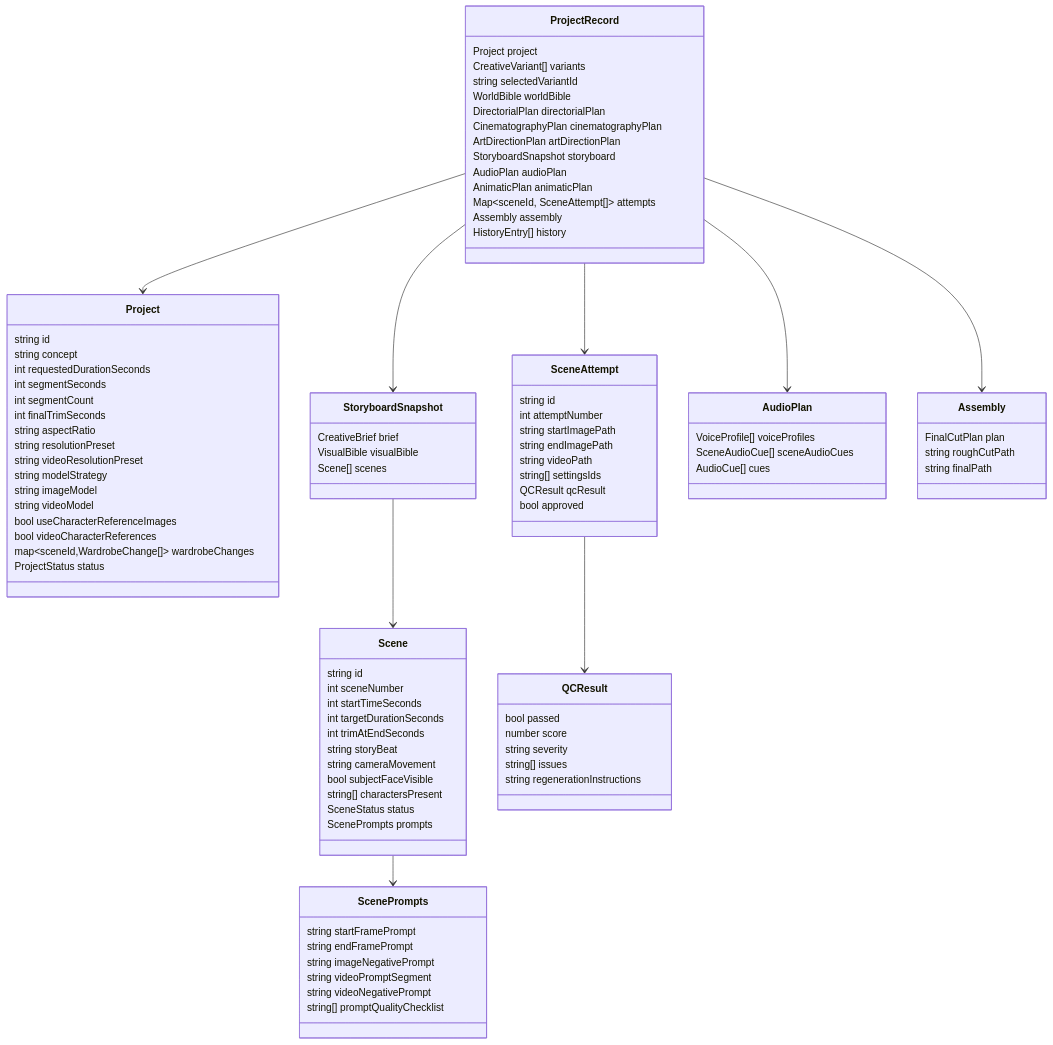
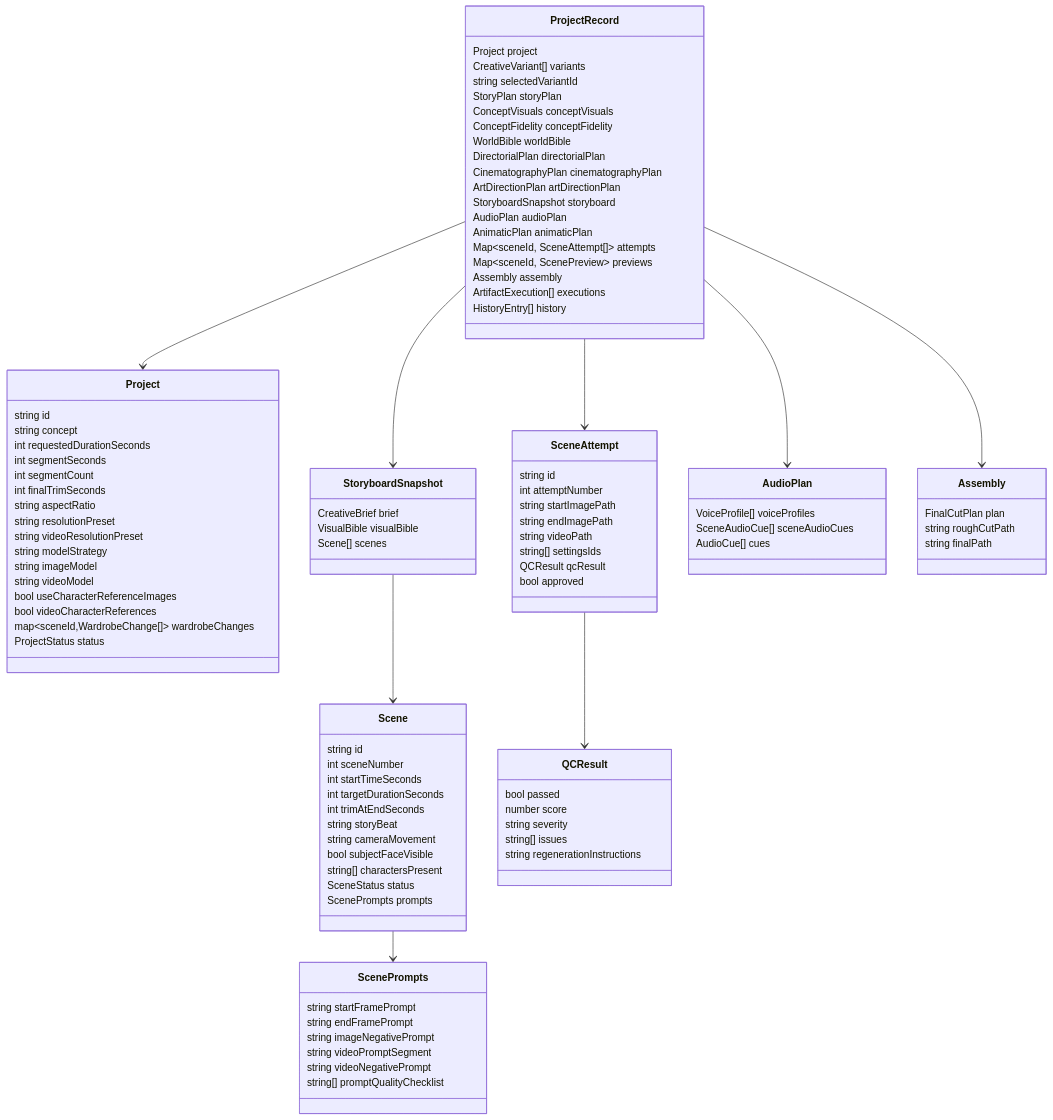
Before and after one commit to jamesbas/storyforgeai: diagram 14 of 20 in docs/architecture.md, drawn with Mermaid. The commit also changed other lines of this file and 3 other files, not shown here.

First line of the commit message:
Bring architecture.md back in line with the code (v2.63)

```diff
--- a/docs/architecture.md
+++ b/docs/architecture.md
@@ -1278,6 +1392,9 @@
         Project project
         CreativeVariant[] variants
         string selectedVariantId
+        StoryPlan storyPlan
+        ConceptVisuals conceptVisuals
+        ConceptFidelity conceptFidelity
         WorldBible worldBible
         DirectorialPlan directorialPlan
         CinematographyPlan cinematographyPlan
@@ -1286,7 +1403,9 @@
         AudioPlan audioPlan
         AnimaticPlan animaticPlan
         Map~sceneId, SceneAttempt[]~ attempts
+        Map~sceneId, ScenePreview~ previews
         Assembly assembly
+        ArtifactExecution[] executions
         HistoryEntry[] history
     }
     class Project {
```
